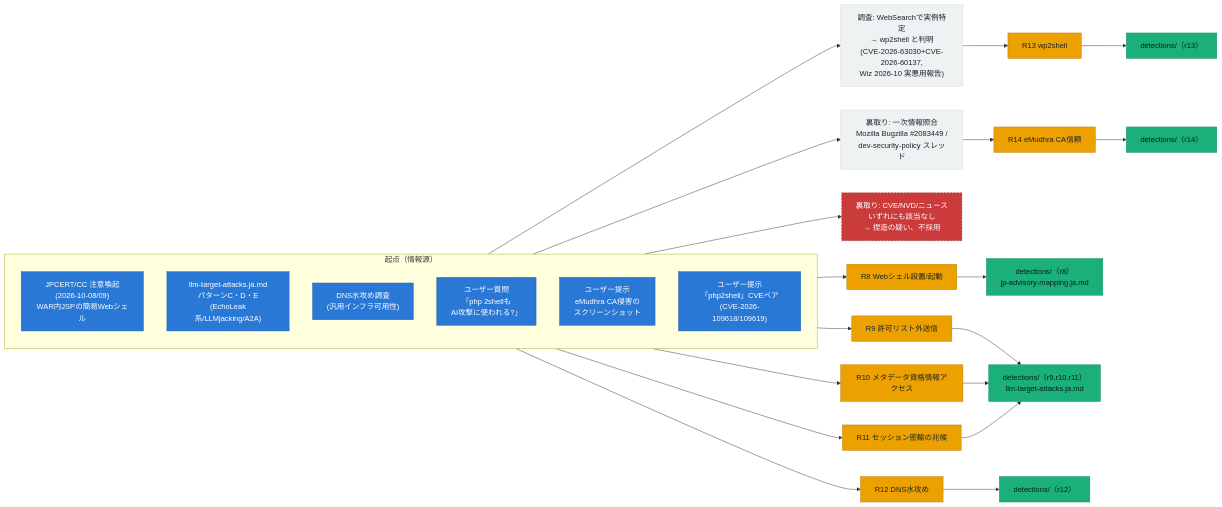
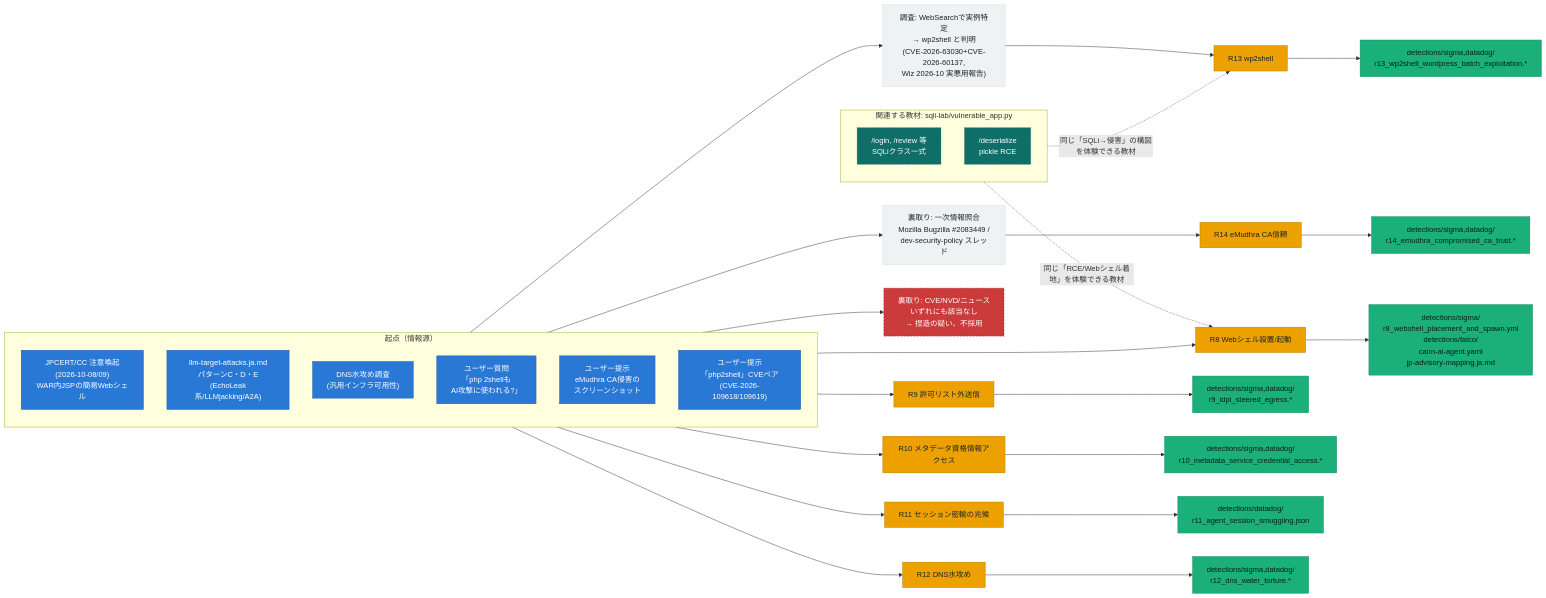
The third of 3 diagrams in security-scan/lineage.md (w-index-m/ai-agent-attack-defense), drawn with Mermaid before and after one commit. The commit also changed 2 other files, not shown here.

Commit message:
Deepen diagrams with concrete tool/file-level linkages
Follow-up to the diagram additions: all three now trace through to
actual repo files instead of stopping at an abstract R-number.

- defense-detection-notes.md §3.2: adds a "実装ファイル" column
  between each detection (R1-R5/R7) and its real sigma/datadog/
  elastic/falco file(s); governance (G1-G6) explicitly marked as
  having no dedicated rule file.
- llm-target-attacks.ja.md §7: R9/R10/R11 status nodes now point to
  their actual detections/sigma|datadog/*.json|yml filenames instead
  of just "実装済み".
- lineage.md (R8-R14 diagram): adds explicit filenames for all of
  D8-D14 (previously just "detections/(rN)"), plus a new sqli-lab/
  subgraph connecting its SQLi and pickle-RCE demo endpoints to R13
  and R8 respectively as related teaching material (dashed, since
  it's an analogy, not a shared implementation).

Claude-Session: https://claude.ai/code/session_017PiiPbfWPjiaquesxgPQkR

````diff
--- a/security-scan/lineage.md
+++ b/security-scan/lineage.md
@@ -125,36 +125,47 @@
 ```mermaid
 flowchart LR
   subgraph ORIG["起点（情報源）"]
     direction TB
     O8["JPCERT/CC 注意喚起<br/>(2026-10-08/09)<br/>WAR内JSPの簡易Webシェル"]:::origin
     O911["llm-target-attacks.ja.md<br/>パターンC・D・E<br/>(EchoLeak系/LLMjacking/A2A)"]:::origin
     O12["DNS水攻め調査<br/>(汎用インフラ可用性)"]:::origin
     O13q["ユーザー質問<br/>「php 2shellも<br/>AI攻撃に使われる?」"]:::origin
     O14q["ユーザー提示<br/>eMudhra CA侵害の<br/>スクリーンショット"]:::origin
     Ofake["ユーザー提示<br/>「php2shell」CVEペア<br/>(CVE-2026-109618/109619)"]:::origin
   end
 
   O13q --> V13["調査: WebSearchで実例特定<br/>→ wp2shell と判明<br/>(CVE-2026-63030+CVE-2026-60137,<br/>Wiz 2026-10 実悪用報告)"]:::verify
   O14q --> V14["裏取り: 一次情報照合<br/>Mozilla Bugzilla #2083449 /<br/>dev-security-policy スレッド"]:::verify
   Ofake --> VX["裏取り: CVE/NVD/ニュース<br/>いずれにも該当なし<br/>→ 捏造の疑い、不採用"]:::rejected
 
   O8 --> R8["R8 Webシェル設置/起動"]:::det
   O911 --> R9["R9 許可リスト外送信"]:::det
   O911 --> R10["R10 メタデータ資格情報アクセス"]:::det
   O911 --> R11["R11 セッション密輸の兆候"]:::det
   O12 --> R12["R12 DNS水攻め"]:::det
   V13 --> R13["R13 wp2shell"]:::det
   V14 --> R14["R14 eMudhra CA信頼"]:::det
 
-  R8 --> D8["detections/（r8）<br/>jp-advisory-mapping.ja.md"]:::artifact
-  R9 & R10 & R11 --> D911["detections/（r9,r10,r11）<br/>llm-target-attacks.ja.md"]:::artifact
-  R12 --> D12["detections/（r12）"]:::artifact
-  R13 --> D13["detections/（r13）"]:::artifact
-  R14 --> D14["detections/（r14）"]:::artifact
+  R8 --> D8["detections/sigma/<br/>r8_webshell_placement_and_spawn.yml<br/>detections/falco/<br/>cairn-ai-agent.yaml<br/>jp-advisory-mapping.ja.md"]:::artifact
+  R9 --> D9["detections/sigma,datadog/<br/>r9_idpi_steered_egress.*"]:::artifact
+  R10 --> D10["detections/sigma,datadog/<br/>r10_metadata_service_credential_access.*"]:::artifact
+  R11 --> D11["detections/datadog/<br/>r11_agent_session_smuggling.json"]:::artifact
+  R12 --> D12["detections/sigma,datadog/<br/>r12_dns_water_torture.*"]:::artifact
+  R13 --> D13["detections/sigma,datadog/<br/>r13_wp2shell_wordpress_batch_exploitation.*"]:::artifact
+  R14 --> D14["detections/sigma,datadog/<br/>r14_emudhra_compromised_ca_trust.*"]:::artifact
+
+  subgraph LAB["関連する教材: sqli-lab/vulnerable_app.py"]
+    direction TB
+    sl_sqli["/login, /review 等<br/>SQLiクラス一式"]:::lab
+    sl_rce["/deserialize<br/>pickle RCE"]:::lab
+  end
+  sl_sqli -.同じ「SQLi→侵害」の構図を体験できる教材.-> R13
+  sl_rce -.同じ「RCE/Webシェル着地」を体験できる教材.-> R8
 
   classDef origin fill:#2a78d6,color:#fff,stroke:#215fa8;
   classDef verify fill:#eef2f2,color:#18262b,stroke:#d6dedf;
   classDef rejected fill:#cc3b3b,color:#fff,stroke:#8f1f1f,stroke-dasharray: 4 3;
   classDef det fill:#eda100,color:#18262b,stroke:#b57e00;
   classDef artifact fill:#1baf7a,color:#06211f,stroke:#148a60;
+  classDef lab fill:#0f6f68,color:#fff,stroke:#0a4f4a,stroke-dasharray: 2 2;
 ```
````
